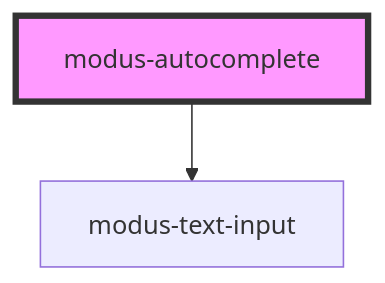
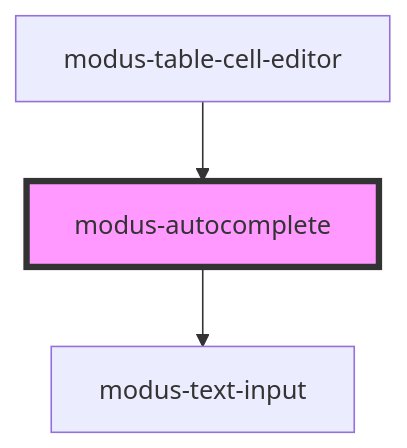
One commit to trimble-oss/modus-web-components changed the diagram in stencil-workspace/src/components/modus-autocomplete/readme.md. Above: the diagram before and after it, drawn with Mermaid. The commit also changed other lines of this file and 71 other files, not shown here.

````diff
--- a/stencil-workspace/src/components/modus-autocomplete/readme.md
+++ b/stencil-workspace/src/components/modus-autocomplete/readme.md
@@ -46,5 +50,6 @@
 ```mermaid
 graph TD;
   modus-autocomplete --> modus-text-input
+  modus-table-cell-editor --> modus-autocomplete
   style modus-autocomplete fill:#f9f,stroke:#333,stroke-width:4px
 ```
````
